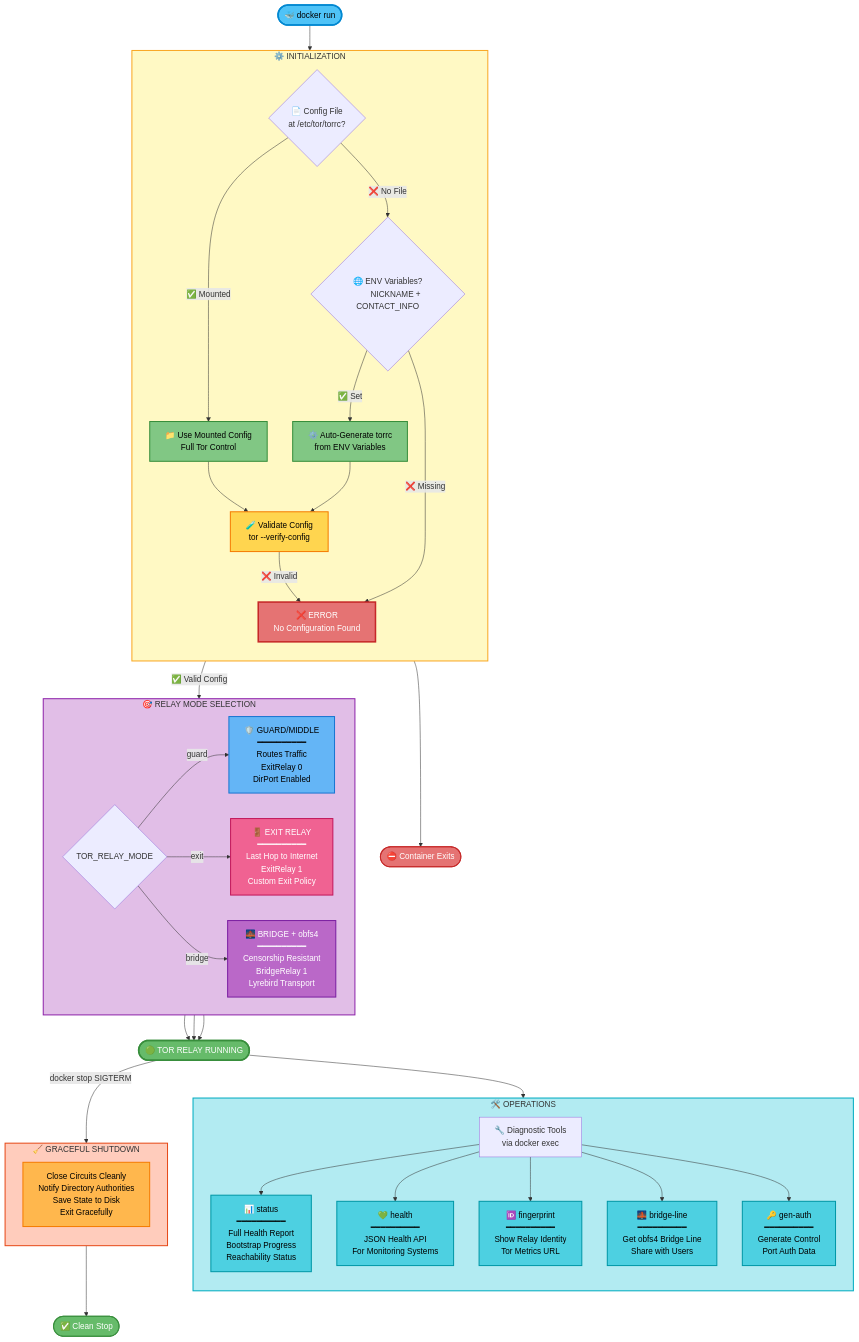
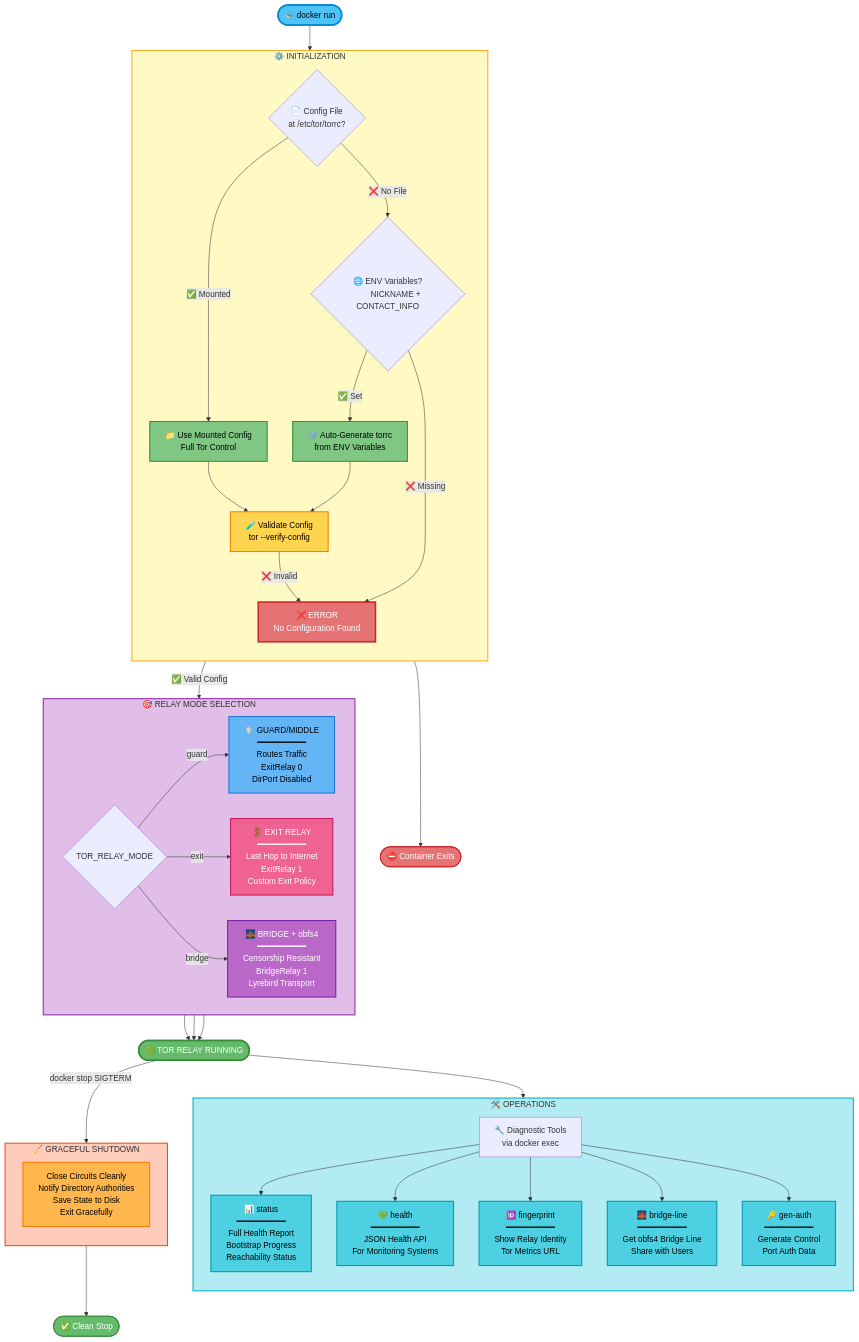
Before and after one commit to r3bo0tbx1/tor-guard-relay: the diagram in README.md, drawn with Mermaid. The commit also changed other lines of this file and 2 other files, not shown here.

Commit message:
🐛 fix(docker): replace 'go get -u' and 'go mod tidy' with 'go mod download' for improved dependency management

```diff
--- a/README.md
+++ b/README.md
@@ -559,7 +559,7 @@
         ━━━━━━━━━━
         Routes Traffic
         ExitRelay 0
-        DirPort Enabled"]
+        DirPort Disabled"]
         Mode -->|exit| Exit["🚪 EXIT RELAY
         ━━━━━━━━━━
         Last Hop to Internet
```
